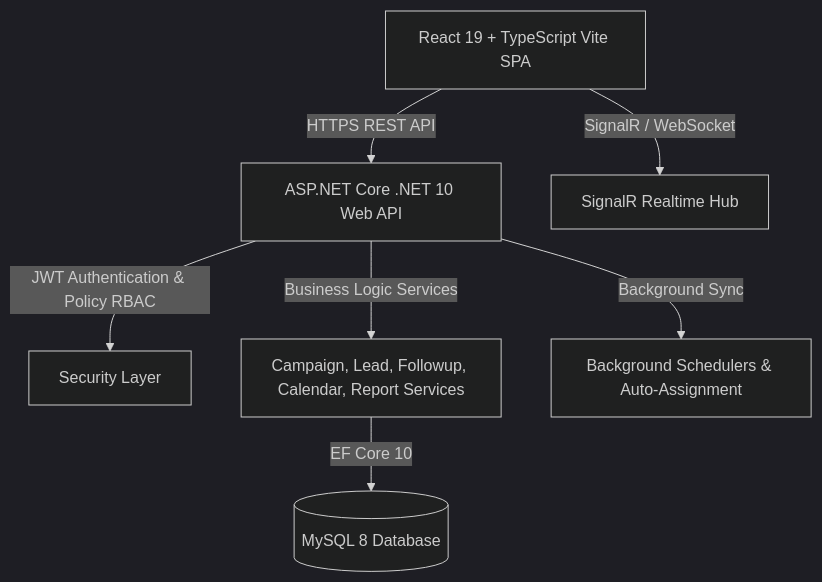
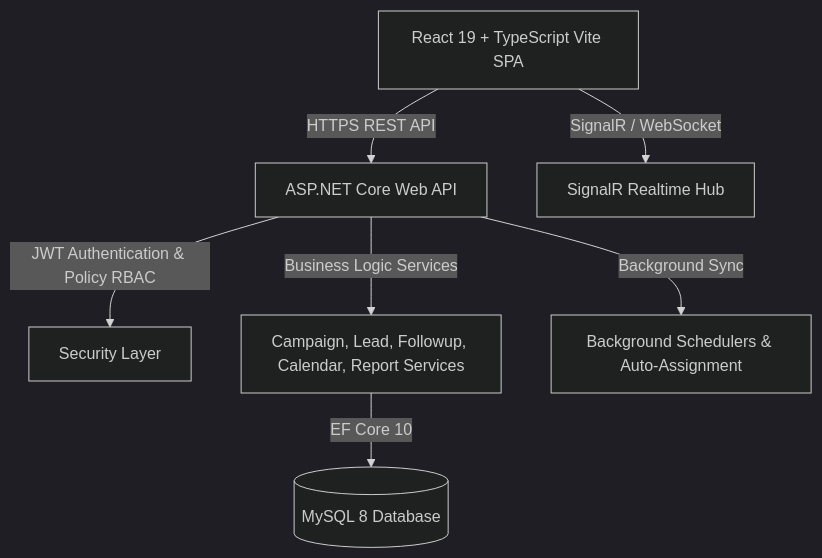
Before and after one commit to irauthan/LeadGrowth: the diagram in README.md, drawn with Mermaid (dark theme). The commit also changed other lines of this file and 5 other files, not shown here.

Commit message:
Update backend configuration and schema

````diff
--- a/README.md
+++ b/README.md
@@ -97,11 +109,11 @@
 ```mermaid
 graph TD
-    Client[React 19 + TypeScript Vite SPA] -->|HTTPS REST API| DotNetAPI[ASP.NET Core .NET 10 Web API]
+    Client[React 19 + TypeScript Vite SPA] -->|HTTPS REST API| DotNetAPI[ASP.NET Core Web API]
     Client -->|SignalR / WebSocket| Hubs[SignalR Realtime Hub]
     
     DotNetAPI -->|JWT Authentication & Policy RBAC| Sec[Security Layer]
     DotNetAPI -->|Business Logic Services| Services[Campaign, Lead, Followup, Calendar, Report Services]
     
     Services -->|EF Core 10| DB[(MySQL 8 Database)]
     DotNetAPI -->|Background Sync| Sched[Background Schedulers & Auto-Assignment]
 ```
````
